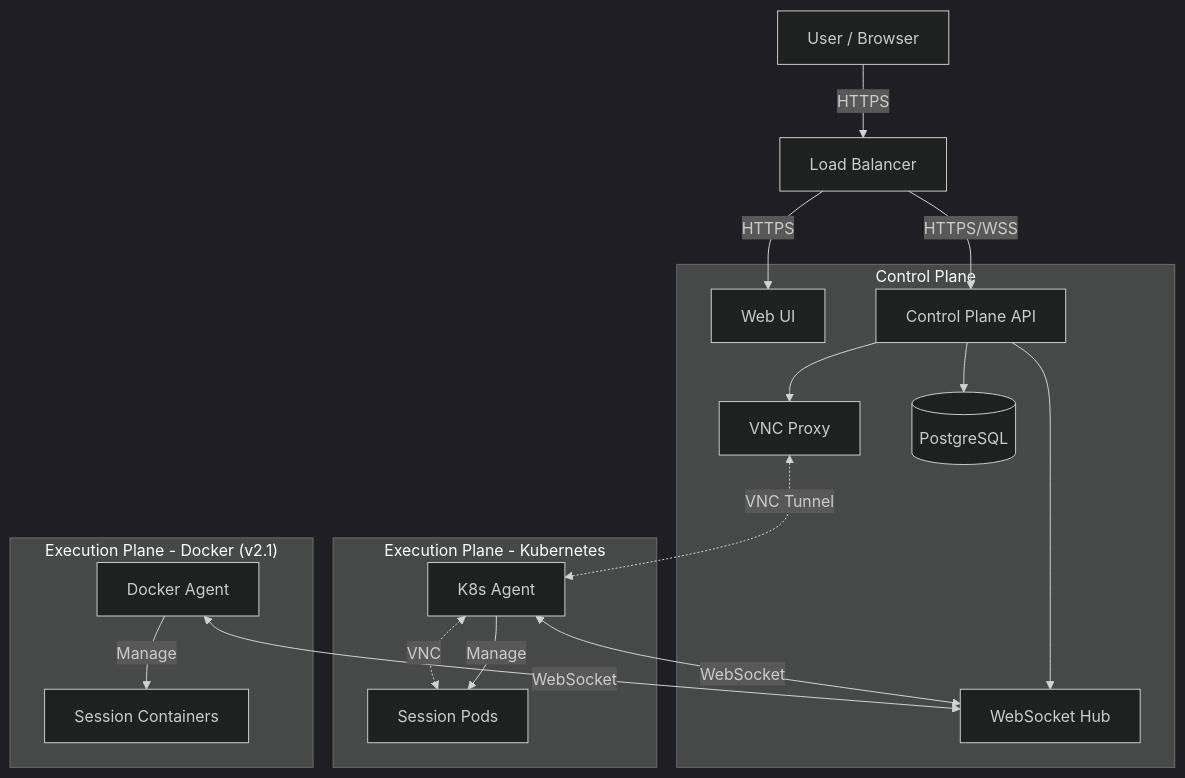
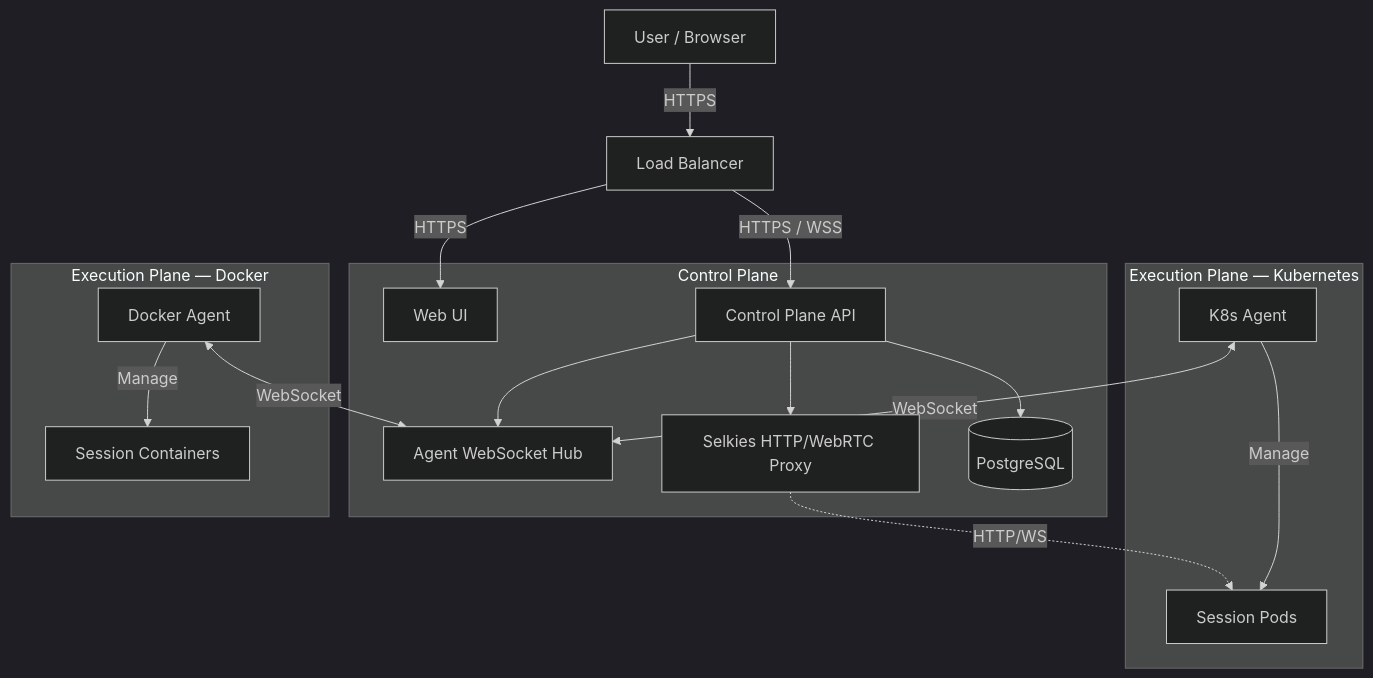
The diagram in README.md (streamspace-dev/streamspace), drawn with Mermaid (dark theme) before and after one commit. The commit also changed other lines of this file and 6 other files, not shown here.

````diff
--- a/README.md
+++ b/README.md
@@ -153,32 +94,31 @@
 ```mermaid
 graph TD
     User[User / Browser] -->|HTTPS| Ingress[Load Balancer]
     Ingress -->|HTTPS| UI[Web UI]
-    Ingress -->|HTTPS/WSS| API[Control Plane API]
+    Ingress -->|HTTPS / WSS| API[Control Plane API]
 
     subgraph "Control Plane"
         UI
         API
-        Hub[WebSocket Hub]
-        VNCProxy[VNC Proxy]
+        Hub[Agent WebSocket Hub]
+        Selkies[Selkies HTTP/WebRTC Proxy]
         DB[(PostgreSQL)]
 
         API --> DB
         API --> Hub
-        API --> VNCProxy
+        API --> Selkies
     end
 
-    subgraph "Execution Plane - Kubernetes"
+    subgraph "Execution Plane — Kubernetes"
         K8sAgent[K8s Agent]
         K8sAgent <-->|WebSocket| Hub
         K8sAgent -->|Manage| Pods[Session Pods]
-        VNCProxy <-.->|VNC Tunnel| K8sAgent
-        K8sAgent <-.->|VNC| Pods
+        Selkies -.->|HTTP/WS| Pods
     end
 
-    subgraph "Execution Plane - Docker (v2.1)"
+    subgraph "Execution Plane — Docker"
         DockerAgent[Docker Agent]
         DockerAgent <-->|WebSocket| Hub
         DockerAgent -->|Manage| Containers[Session Containers]
     end
 ```
````
